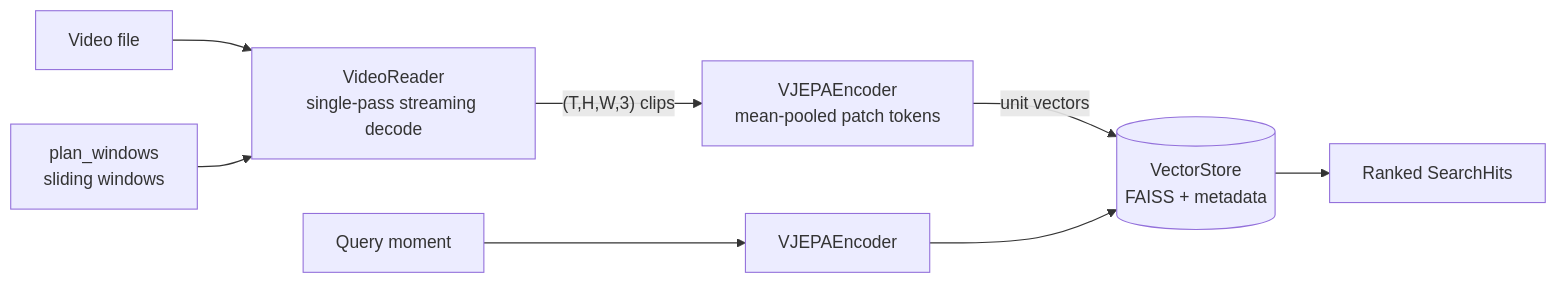
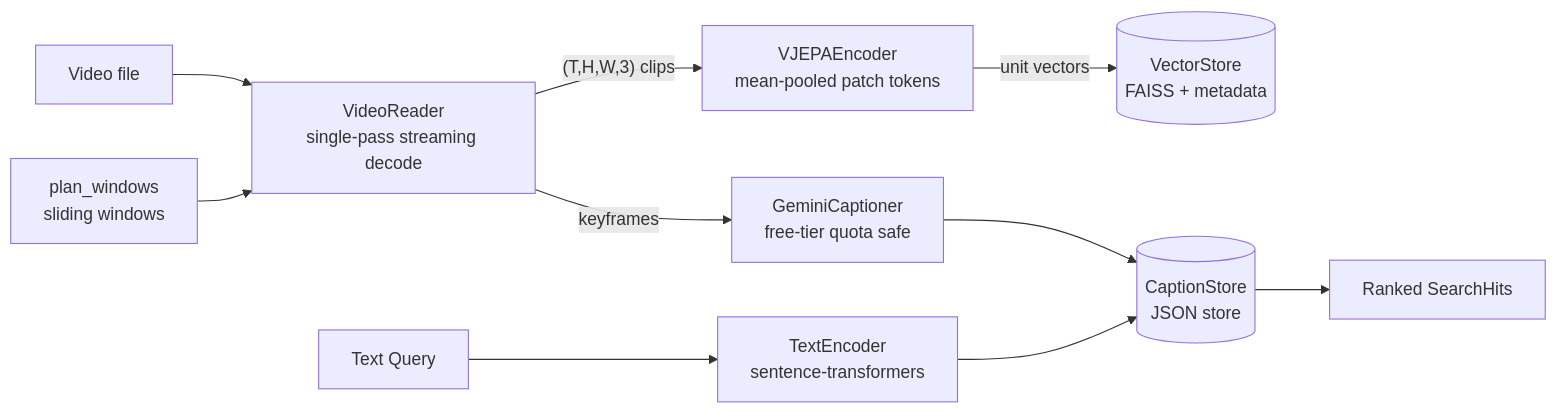
Before and after one commit to Dhy4n-117/LatentLens: the diagram in README.md, drawn with Mermaid. The commit also changed other lines of this file and 1 other file, not shown here.

First line of the commit message:
docs: update roadmap and README for Phase 2 75% completion

````diff
--- a/README.md
+++ b/README.md
@@ -15,8 +15,10 @@
 ```mermaid
 flowchart LR
     F[Video file] --> R["VideoReader<br/>single-pass streaming decode"]
     P["plan_windows<br/>sliding windows"] --> R
     R -->|"(T,H,W,3) clips"| E["VJEPAEncoder<br/>mean-pooled patch tokens"]
     E -->|"unit vectors"| S[("VectorStore<br/>FAISS + metadata")]
-    Q["Query moment"] --> E2[VJEPAEncoder] --> S --> H["Ranked SearchHits"]
+    R -->|"keyframes"| G["GeminiCaptioner<br/>free-tier quota safe"]
+    G --> C[("CaptionStore<br/>JSON store")]
+    Q["Text Query"] --> T["TextEncoder<br/>sentence-transformers"] --> C --> H["Ranked SearchHits"]
 ```
````
